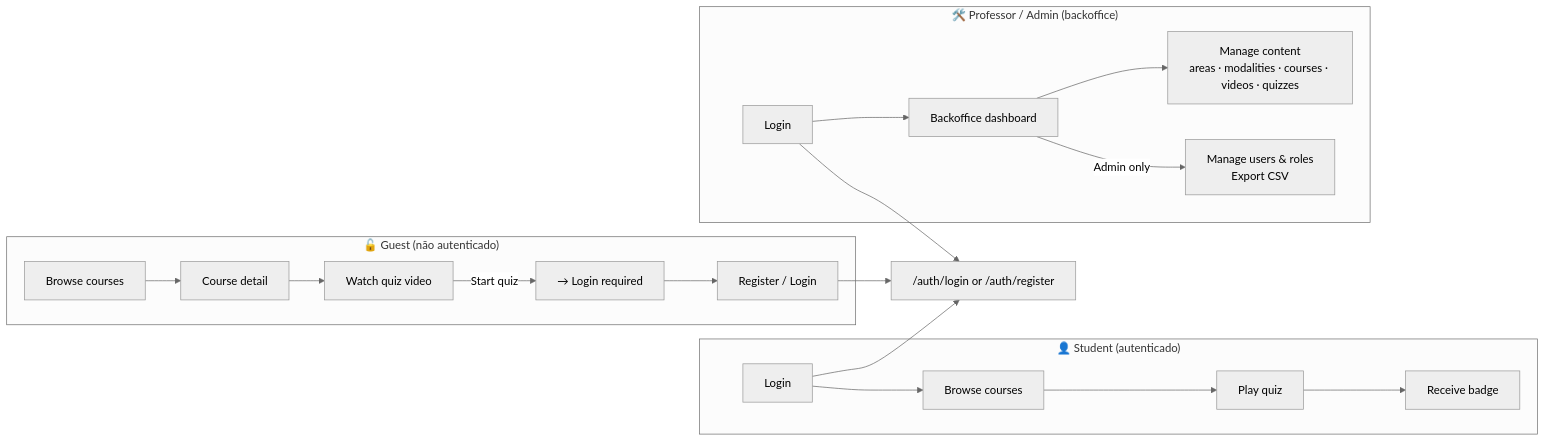
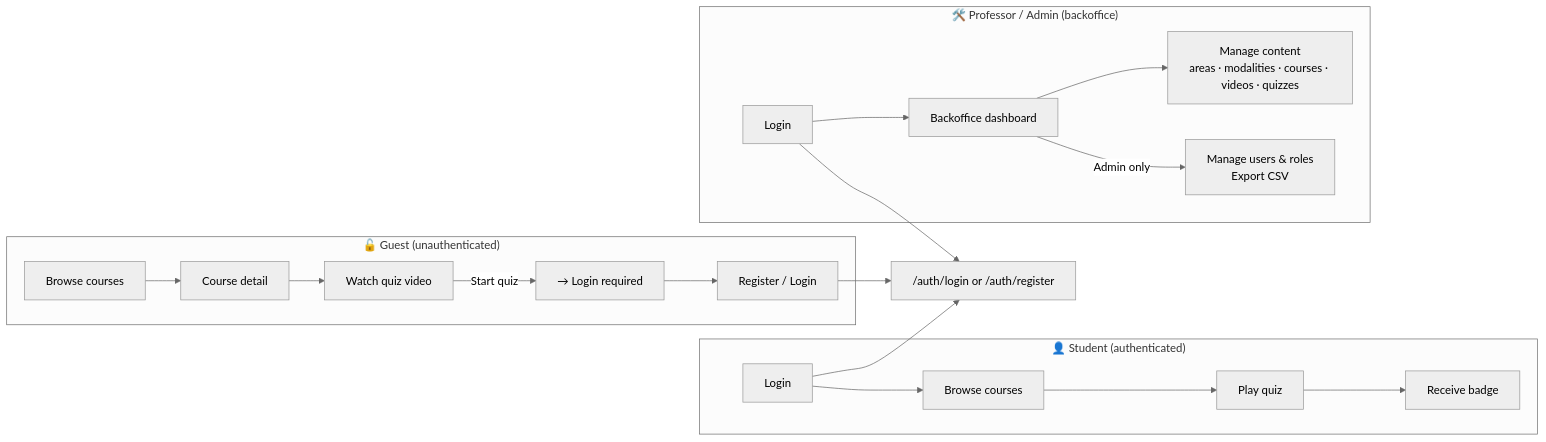
Before and after one commit to lucas-morim/islanders-fullstack: the second of 3 diagrams in README.md, drawn with Mermaid (neutral theme). The commit also changed other lines of this file, not shown here.

````diff
--- a/README.md
+++ b/README.md
@@ -47,25 +47,25 @@
 ```mermaid
 flowchart LR
-  subgraph Guest["🔓 Guest (não autenticado)"]
+  subgraph Guest["🔓 Guest (unauthenticated)"]
     G1[Browse courses] --> G2[Course detail]
     G2 --> G3[Watch quiz video]
     G3 -->|Start quiz| G4[→ Login required]
     G4 --> G5[Register / Login]
   end
 
-  subgraph Student["👤 Student (autenticado)"]
+  subgraph Student["👤 Student (authenticated)"]
     S1[Login] --> S2[Browse courses]
     S2 --> S3[Play quiz]
     S3 --> S4[Receive badge]
   end
 
   subgraph Staff["🛠️ Professor / Admin (backoffice)"]
     P1[Login] --> P2[Backoffice dashboard]
     P2 --> P3["Manage content\nareas · modalities · courses · videos · quizzes"]
     P2 -->|Admin only| P4["Manage users & roles\nExport CSV"]
   end
 
   G5 --> Auth["/auth/login or /auth/register"]
   S1 --> Auth
   P1 --> Auth
 ```
````
